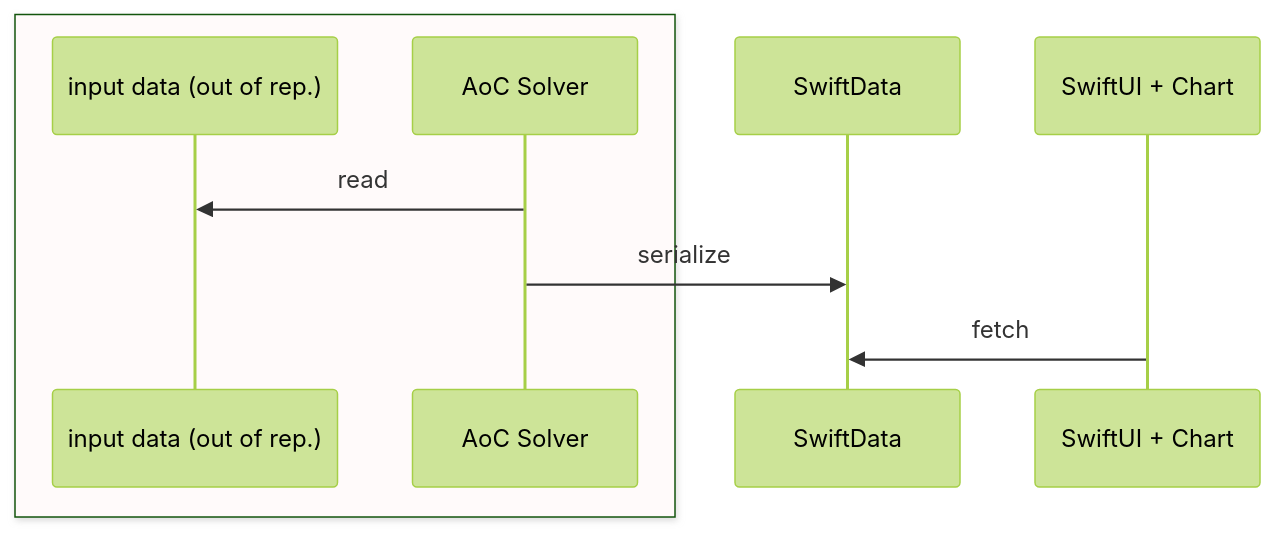
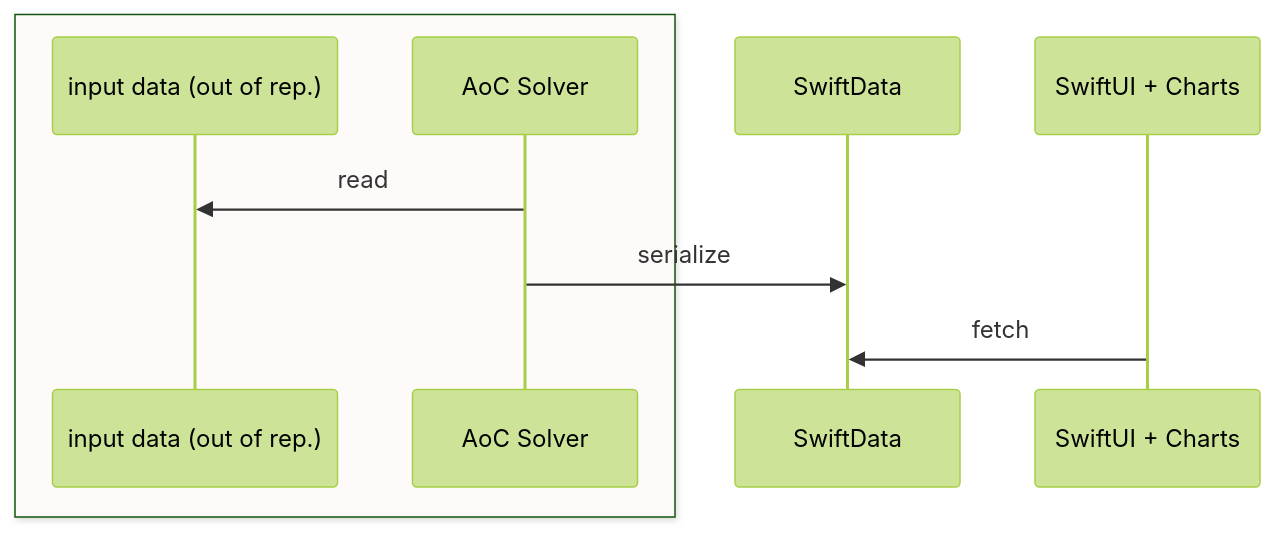
Before and after one commit to shnarazk/advent-of-code: the diagram in Swift/README.md, drawn with Mermaid (forest theme).

````diff
--- a/Swift/README.md
+++ b/Swift/README.md
@@ -7,14 +7,14 @@
 ```mermaid
 sequenceDiagram
   box rgb(255,250,250)
     participant P as input data (out of rep.)
     participant S as AoC Solver
   end
     participant D as SwiftData
-    participant V as SwiftUI + Chart
+    participant V as SwiftUI + Charts
 
   S->>P: read
   S->>D: serialize
   V->>D: fetch
 
 ```
````
